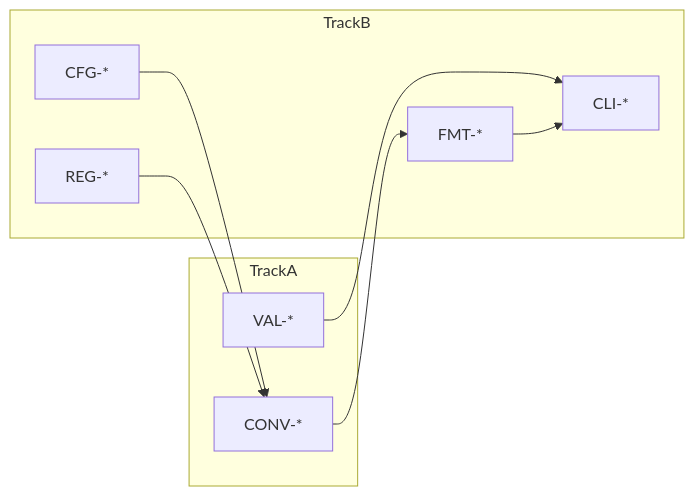
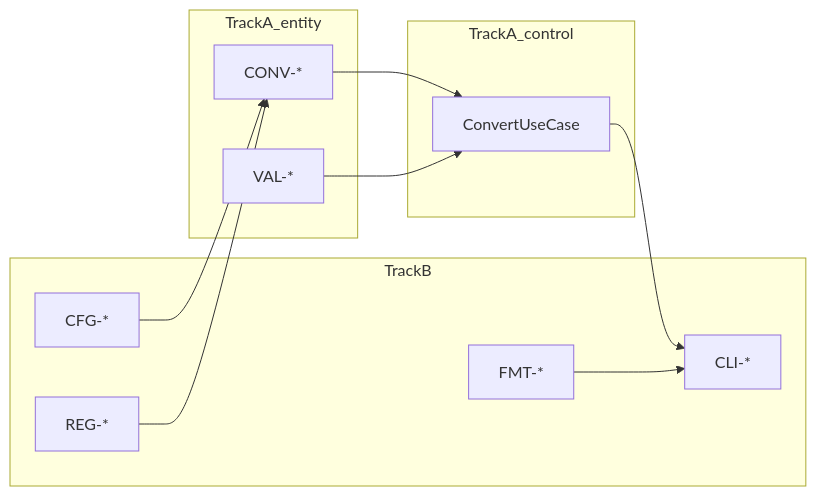
The diagram in docs/spec/10-dual-track-plan.md (mrjini/UnitConverter_14), drawn with Mermaid before and after one commit. The commit also changed other lines of this file and 12 other files, not shown here.

````diff
--- a/docs/spec/10-dual-track-plan.md
+++ b/docs/spec/10-dual-track-plan.md
@@ -61,18 +79,22 @@
 ```mermaid
 flowchart LR
-    subgraph TrackA
+    subgraph TrackA_entity
         CONV[CONV-*]
         VAL[VAL-*]
+    end
+    subgraph TrackA_control
+        UC[ConvertUseCase]
     end
     subgraph TrackB
         FMT[FMT-*]
         CLI[CLI-*]
         CFG[CFG-*]
         REG[REG-*]
     end
-    CONV --> FMT
-    VAL --> CLI
+    CONV --> UC
+    VAL --> UC
+    UC --> CLI
+    FMT --> CLI
     CFG --> CONV
     REG --> CONV
-    FMT --> CLI
 ```
````
